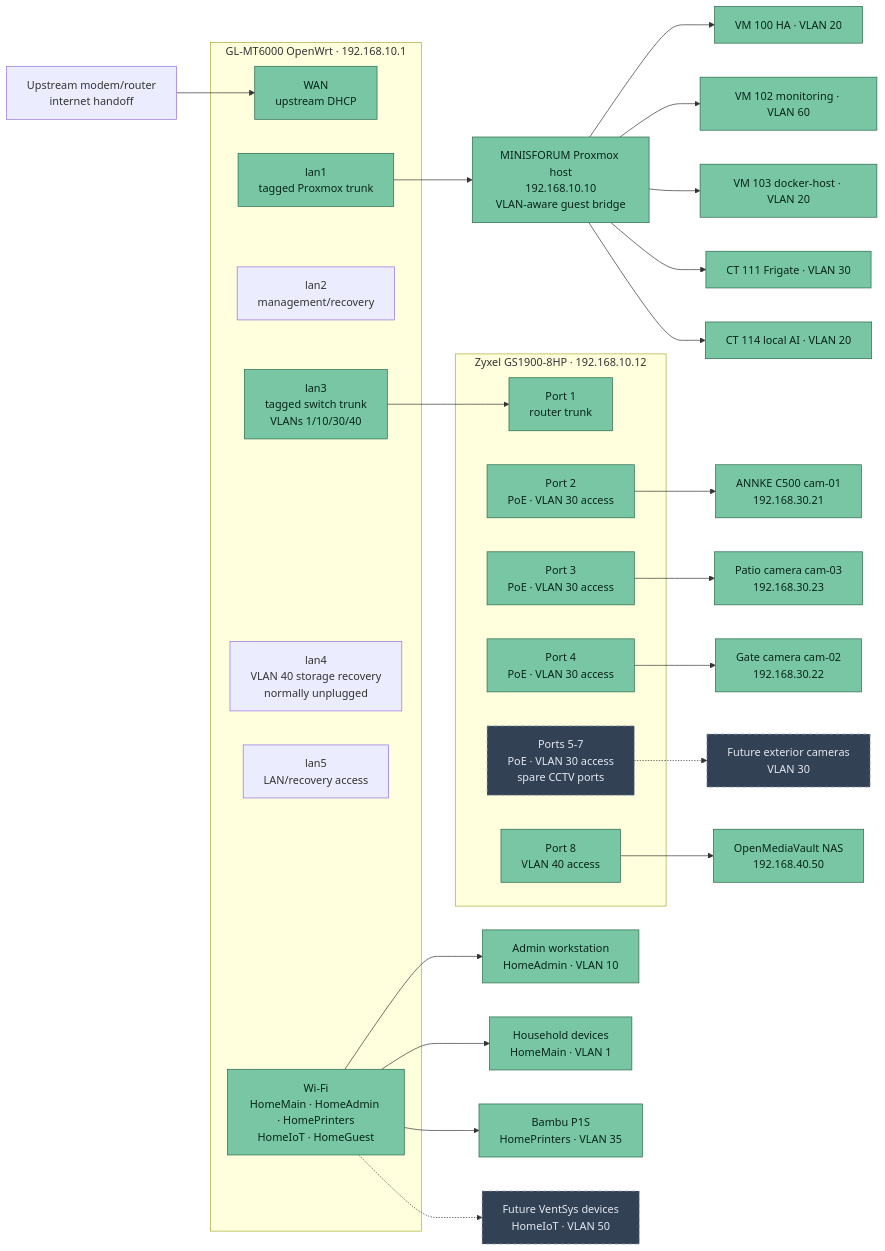
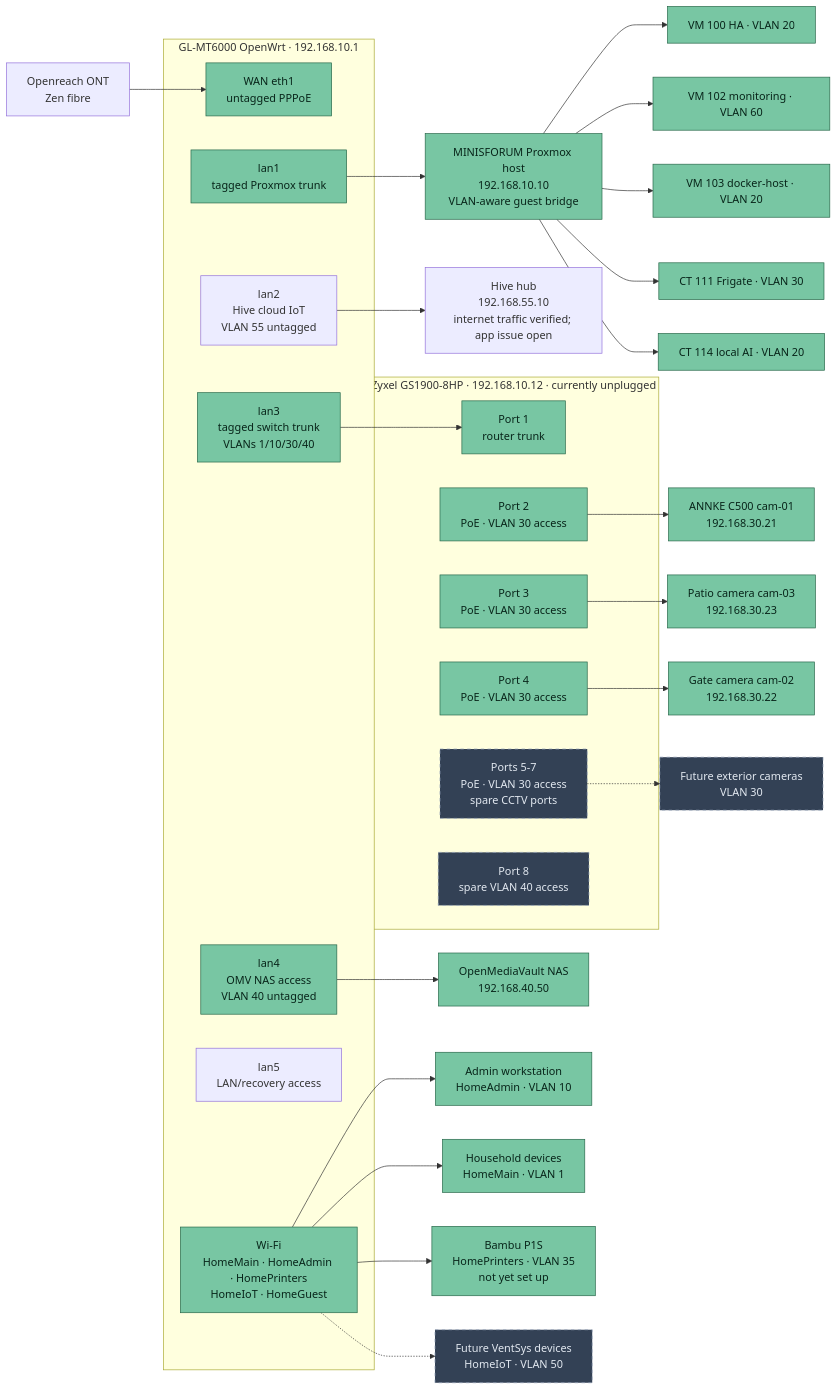
One commit to Nysplaidame/home-automation-project changed the diagram in main/docs/diagrams/network/physical-port-and-cabling.mermaid. Above: the diagram before and after it, drawn with Mermaid. The commit also changed 15 other files, not shown here.

First line of the commit message:
fix(network): preserve fibre recovery

```diff
--- a/main/docs/diagrams/network/physical-port-and-cabling.mermaid
+++ b/main/docs/diagrams/network/physical-port-and-cabling.mermaid
@@ -1,45 +1,46 @@
 flowchart LR
-    Upstream["Upstream modem/router<br/>internet handoff"] --> WAN
+    Upstream["Openreach ONT<br/>Zen fibre"] --> WAN
 
     subgraph Router["GL-MT6000 OpenWrt · 192.168.10.1"]
-        WAN["WAN<br/>upstream DHCP"]
+        WAN["WAN eth1<br/>untagged PPPoE"]
         LAN1["lan1<br/>tagged Proxmox trunk"]
-        LAN2["lan2<br/>management/recovery"]
+        LAN2["lan2<br/>Hive cloud IoT<br/>VLAN 55 untagged"]
         LAN3["lan3<br/>tagged switch trunk<br/>VLANs 1/10/30/40"]
-        LAN4["lan4<br/>VLAN 40 storage recovery<br/>normally unplugged"]
+        LAN4["lan4<br/>OMV NAS access<br/>VLAN 40 untagged"]
         LAN5["lan5<br/>LAN/recovery access"]
         WiFi["Wi-Fi<br/>HomeMain · HomeAdmin · HomePrinters<br/>HomeIoT · HomeGuest"]
     end
 
+    LAN2 --> Hive["Hive hub<br/>192.168.55.10<br/>internet traffic verified; app issue open"]
     LAN1 --> Proxmox["MINISFORUM Proxmox host<br/>192.168.10.10<br/>VLAN-aware guest bridge"]
     LAN3 --> SW1
 
-    subgraph Switch["Zyxel GS1900-8HP · 192.168.10.12"]
+    subgraph Switch["Zyxel GS1900-8HP · 192.168.10.12 · currently unplugged"]
         SW1["Port 1<br/>router trunk"]
         SW2["Port 2<br/>PoE · VLAN 30 access"]
         SW3["Port 3<br/>PoE · VLAN 30 access"]
         SW4["Port 4<br/>PoE · VLAN 30 access"]
         SW57["Ports 5-7<br/>PoE · VLAN 30 access<br/>spare CCTV ports"]
-        SW8["Port 8<br/>VLAN 40 access"]
+        SW8["Port 8<br/>spare VLAN 40 access"]
     end
 
     SW2 --> Camera["ANNKE C500 cam-01<br/>192.168.30.21"]
     SW3 --> PatioCamera["Patio camera cam-03<br/>192.168.30.23"]
     SW4 --> GateCamera["Gate camera cam-02<br/>192.168.30.22"]
     SW57 -.-> FutureCameras["Future exterior cameras<br/>VLAN 30"]
-    SW8 --> OMV["OpenMediaVault NAS<br/>192.168.40.50"]
+    LAN4 --> OMV["OpenMediaVault NAS<br/>192.168.40.50"]
     WiFi --> Admin["Admin workstation<br/>HomeAdmin · VLAN 10"]
     WiFi --> Users["Household devices<br/>HomeMain · VLAN 1"]
-    WiFi --> Printer["Bambu P1S<br/>HomePrinters · VLAN 35"]
+    WiFi --> Printer["Bambu P1S<br/>HomePrinters · VLAN 35<br/>not yet set up"]
     WiFi -.-> VentSys["Future VentSys devices<br/>HomeIoT · VLAN 50"]
 
     Proxmox --> HA["VM 100 HA · VLAN 20"]
     Proxmox --> Monitor["VM 102 monitoring · VLAN 60"]
     Proxmox --> Docker["VM 103 docker-host · VLAN 20"]
     Proxmox --> Frigate["CT 111 Frigate · VLAN 30"]
     Proxmox --> LLM["CT 114 local AI · VLAN 20"]
 
     classDef live fill:#78c6a3,stroke:#276749,color:#08251a
     classDef future fill:#334155,stroke:#94a3b8,color:#e2e8f0,stroke-dasharray: 5 5
-    class WAN,LAN1,LAN3,WiFi,Proxmox,SW1,SW2,SW3,SW4,SW8,Camera,PatioCamera,GateCamera,OMV,Admin,Users,Printer,HA,Monitor,Docker,Frigate,LLM live
-    class SW57,FutureCameras,VentSys future
+    class WAN,LAN1,LAN3,LAN4,WiFi,Proxmox,SW1,SW2,SW3,SW4,Camera,PatioCamera,GateCamera,OMV,Admin,Users,Printer,HA,Monitor,Docker,Frigate,LLM live
+    class SW57,SW8,FutureCameras,VentSys future
```
